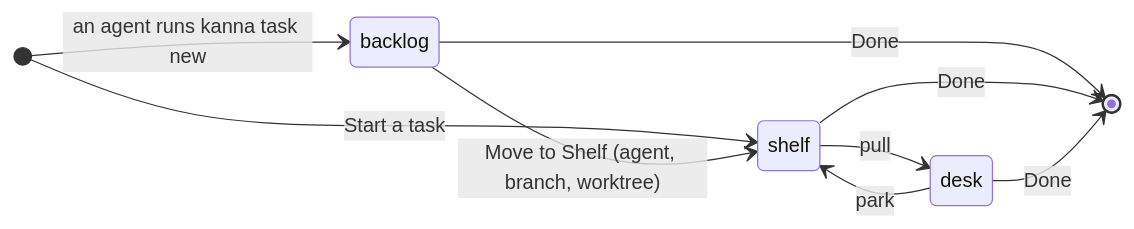
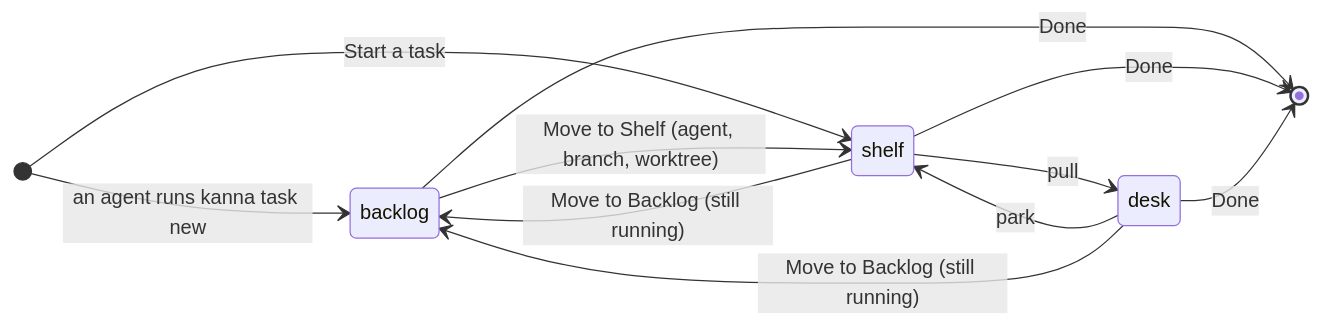
One commit to jemdiggity/kanna-v4 changed the first of 2 diagrams in docs/specs/tasks.md. Above: the diagram before and after it, drawn with Mermaid. The commit also changed other lines of this file and 11 other files, not shown here.

Commit message:
Move to Backlog keeps a task's agent and tabs running in the backlog, off the Shelf and the limit, and starting it again brings them back as they are; Done on it ends them

````diff
--- a/docs/specs/tasks.md
+++ b/docs/specs/tasks.md
@@ -25,12 +25,14 @@
 ```mermaid
 stateDiagram-v2
     direction LR
     [*] --> backlog: an agent runs kanna task new
     [*] --> shelf: Start a task
     backlog --> shelf: Move to Shelf (agent, branch, worktree)
     shelf --> desk: pull
     desk --> shelf: park
+    shelf --> backlog: Move to Backlog (still running)
+    desk --> backlog: Move to Backlog (still running)
     backlog --> [*]: Done
     shelf --> [*]: Done
     desk --> [*]: Done
 ```
````
